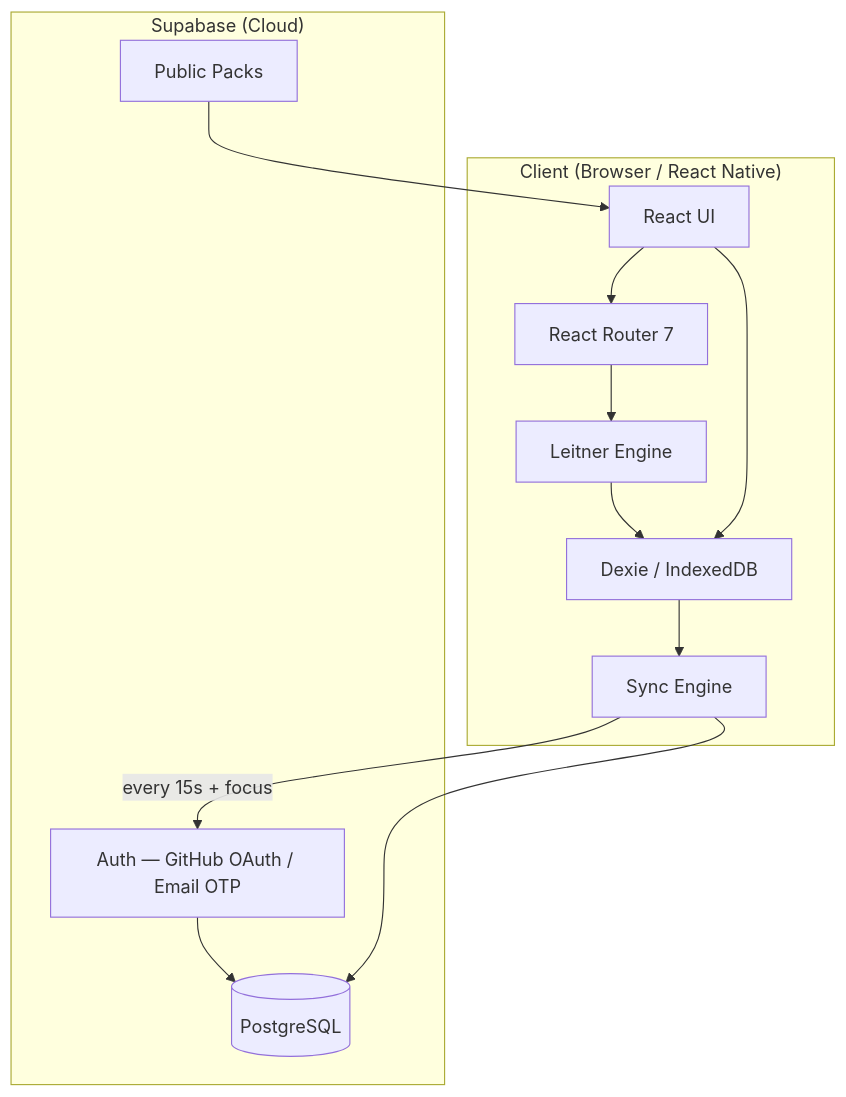
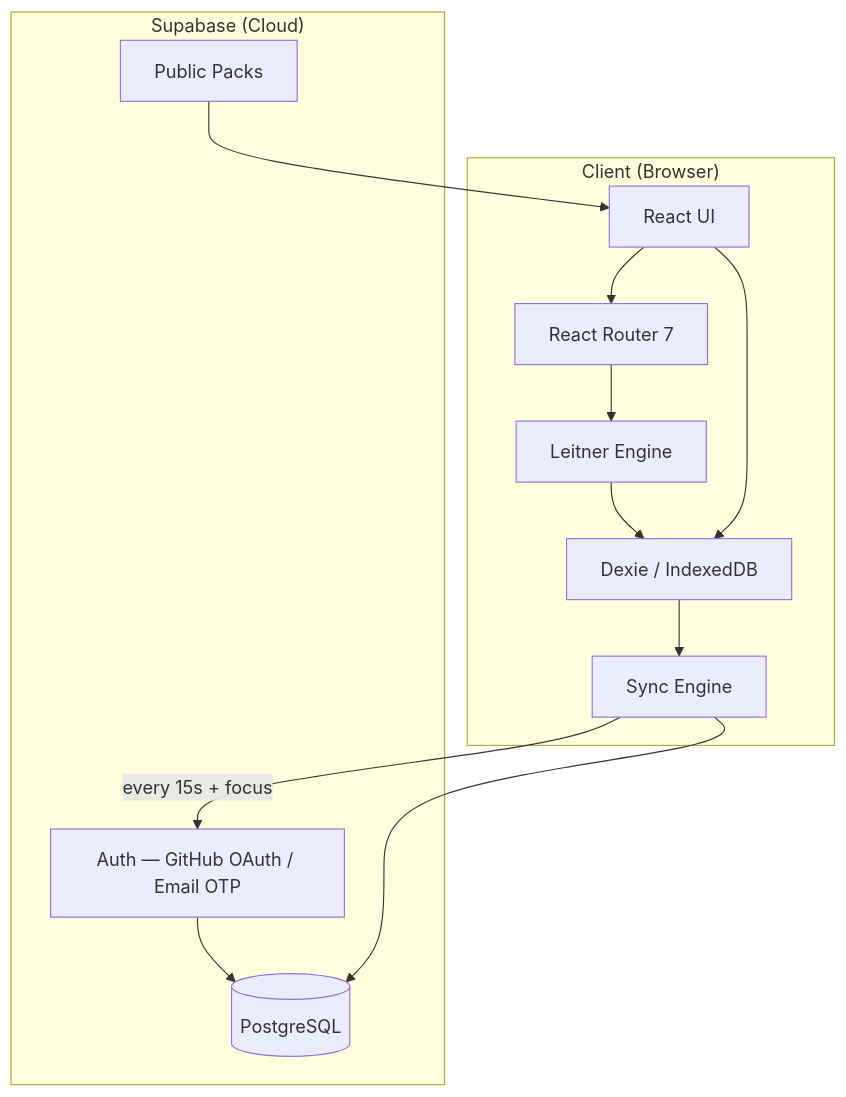
Before and after one commit to V0latix/Flashcards: the first of 3 diagrams in docs/architecture.md, drawn with Mermaid. The commit also changed other lines of this file and 4 other files, not shown here.

````diff
--- a/docs/architecture.md
+++ b/docs/architecture.md
@@ -6,26 +6,26 @@
 ```mermaid
 graph TD
-    subgraph "Client (Browser / React Native)"
+    subgraph "Client (Browser)"
         UI[React UI]
         Router[React Router 7]
         Leitner[Leitner Engine]
         Dexie[Dexie / IndexedDB]
         SyncEngine[Sync Engine]
     end
 
     subgraph "Supabase (Cloud)"
         Auth[Auth — GitHub OAuth / Email OTP]
         DB[(PostgreSQL)]
         Storage[Public Packs]
     end
 
     UI --> Router
     Router --> Leitner
     Leitner --> Dexie
     UI --> Dexie
     Dexie --> SyncEngine
     SyncEngine -->|every 15s + focus| Auth
     Auth --> DB
     SyncEngine --> DB
     Storage --> UI
 ```
````
